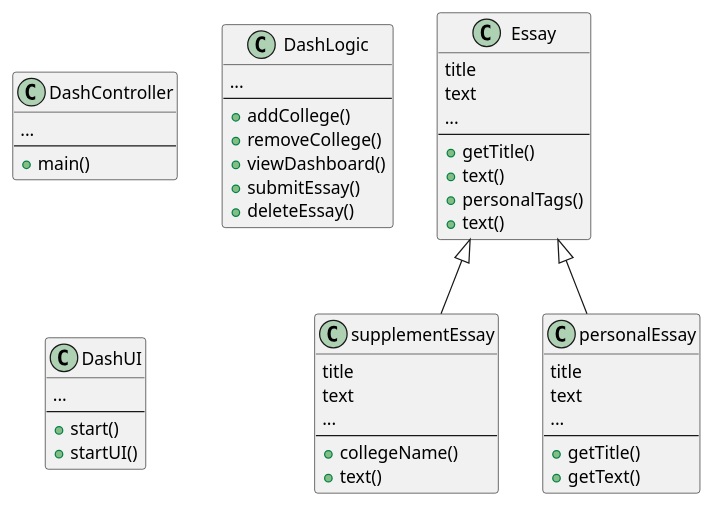
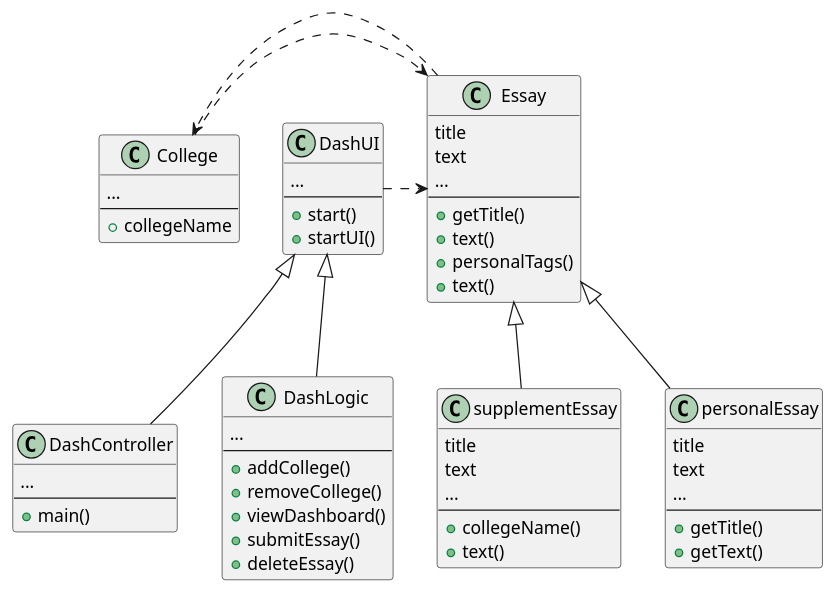
The sixth of 6 diagrams in intellij/doc/design.md (jlederer33/Essay-Review-App), drawn with PlantUML before and after one commit. The commit also changed other lines of this file, not shown here.

Commit message:
Made more diagrams

````diff
--- a/intellij/doc/design.md
+++ b/intellij/doc/design.md
@@ -77,58 +99,67 @@
 ```plantuml
 
 class Essay{
 title
 text
 ...
 --
 +getTitle()
 +text()
 +personalTags()
 +text()
 }
 
 class supplementEssay{
 title
 text
 ...
 --
 +collegeName()
 +text()
 }
 
 class personalEssay{
 title
 text
 ...
 --
 +getTitle()
 +getText()
 }
 Essay <|--  supplementEssay
 Essay <|-- personalEssay
 
 class DashController{
 ...
 --
 +main()
 }
 
 class DashLogic{
 ...
 --
 +addCollege()
 +removeCollege()
 +viewDashboard()
 +submitEssay()
 +deleteEssay()
 }
-
+class College{
+...
+--
++collegeName
+}
 class DashUI{
 ...
 --
 +start()
 +startUI()
 }
+DashUI <|--  DashController
+DashUI <|-- DashLogic
+College .> Essay
+Essay .> College
+DashUI .> Essay
 
 
 ```
````
